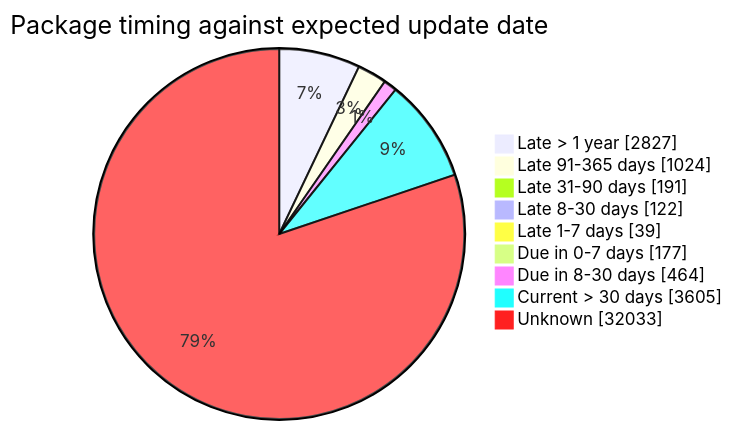
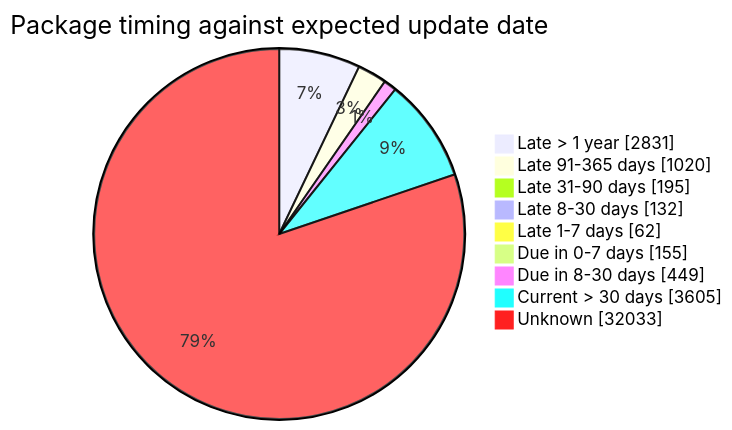
One commit to open-data/analytics-corporate-reporting changed the fourth of 5 diagrams in FreshCheck/README.md. Above: the diagram before and after it, drawn with Mermaid. The commit also changed other lines of this file and 3 other files, not shown here.

````diff
--- a/FreshCheck/README.md
+++ b/FreshCheck/README.md
@@ -86,12 +86,12 @@
 ```mermaid
 pie showData title Package timing against expected update date
-    "Late > 1 year": 2827
-    "Late 91-365 days": 1024
-    "Late 31-90 days": 191
-    "Late 8-30 days": 122
-    "Late 1-7 days": 39
-    "Due in 0-7 days": 177
-    "Due in 8-30 days": 464
+    "Late > 1 year": 2831
+    "Late 91-365 days": 1020
+    "Late 31-90 days": 195
+    "Late 8-30 days": 132
+    "Late 1-7 days": 62
+    "Due in 0-7 days": 155
+    "Due in 8-30 days": 449
     "Current > 30 days": 3605
     "Unknown": 32033
 ```
````
